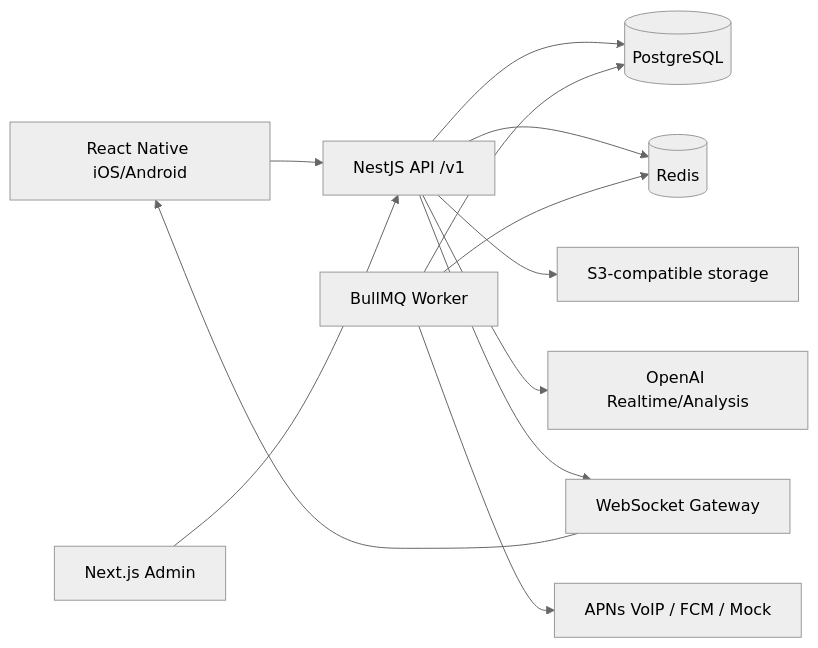
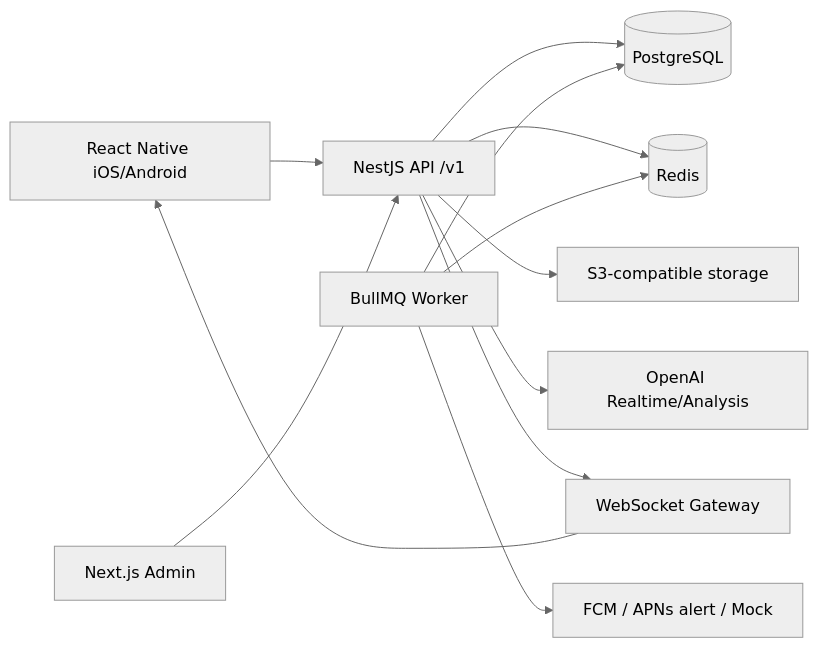
One commit to joeylee112119-alt/kbiz changed the first of 3 diagrams in docs/architecture.md. Above: the diagram before and after it, drawn with Mermaid (neutral theme). The commit also changed other lines of this file and 39 other files, not shown here.

````diff
--- a/docs/architecture.md
+++ b/docs/architecture.md
@@ -3,14 +3,14 @@
 ```mermaid
 flowchart LR
   Mobile["React Native iOS/Android"] --> API["NestJS API /v1"]
   Admin["Next.js Admin"] --> API
   API --> DB[(PostgreSQL)]
   API --> Redis[(Redis)]
   API --> S3["S3-compatible storage"]
   API --> OpenAI["OpenAI Realtime/Analysis"]
   Worker["BullMQ Worker"] --> Redis
   Worker --> DB
-  Worker --> Push["APNs VoIP / FCM / Mock"]
+  Worker --> Push["FCM / APNs alert / Mock"]
   API --> WS["WebSocket Gateway"]
   WS --> Mobile
 ```
````
